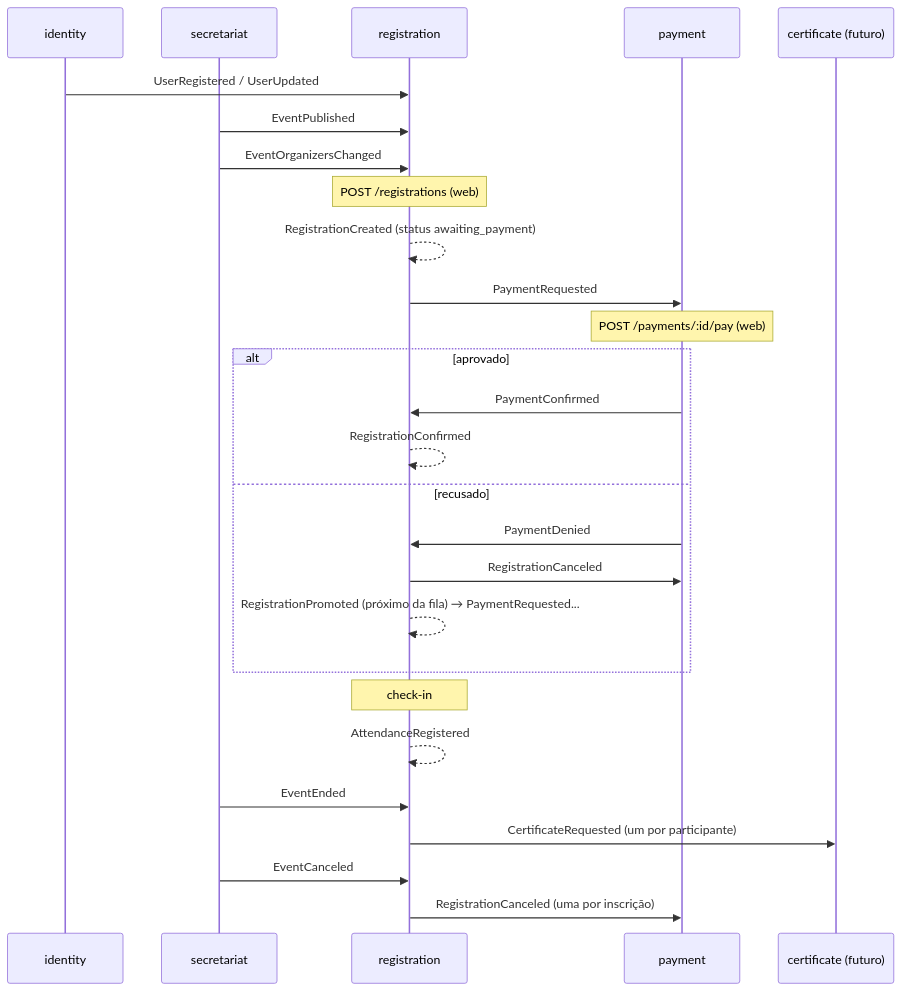
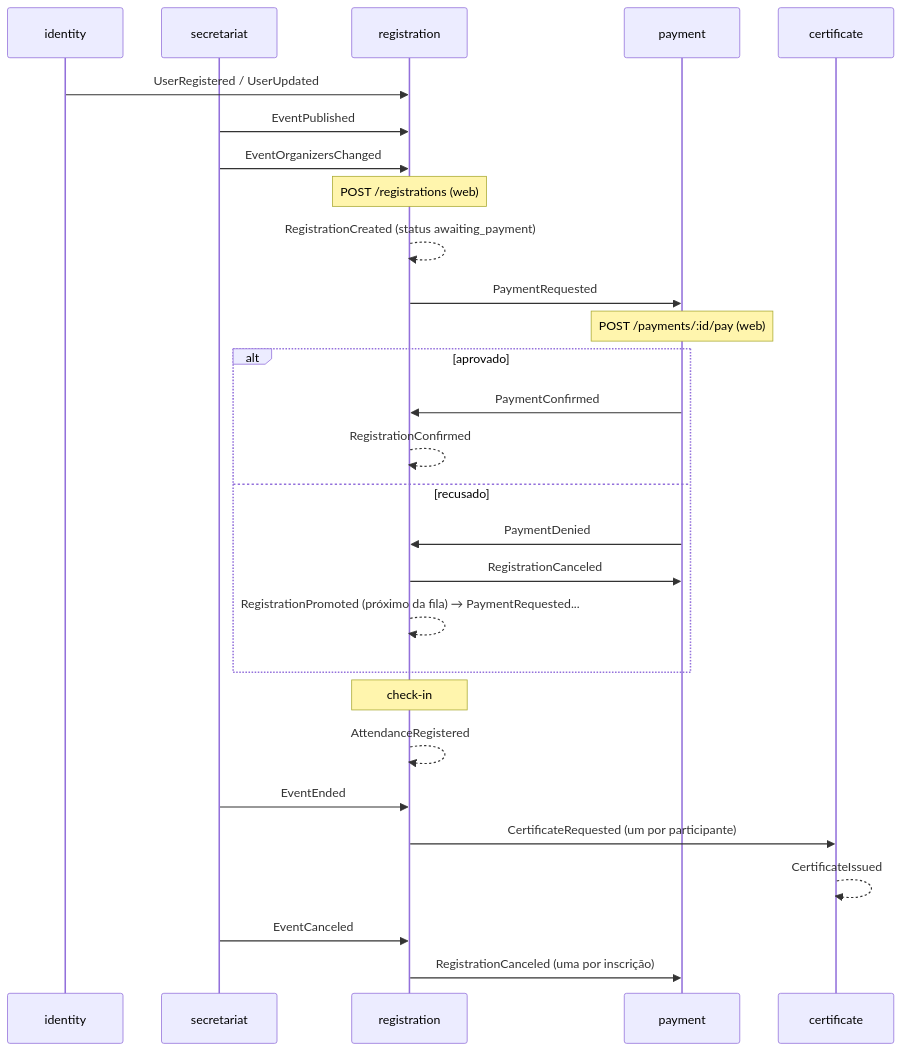
The diagram in microservices/contracts/README.md (macaroots/EventHub), drawn with Mermaid before and after one commit. The commit also changed other lines of this file and 13 other files, not shown here.

````diff
--- a/microservices/contracts/README.md
+++ b/microservices/contracts/README.md
@@ -85,30 +86,31 @@
 ```mermaid
 sequenceDiagram
     participant I as identity
     participant S as secretariat
     participant R as registration
     participant P as payment
-    participant C as certificate (futuro)
+    participant C as certificate
 
     I->>R: UserRegistered / UserUpdated
     S->>R: EventPublished
     S->>R: EventOrganizersChanged
     Note over R: POST /registrations (web)
     R-->>R: RegistrationCreated (status awaiting_payment)
     R->>P: PaymentRequested
     Note over P: POST /payments/:id/pay (web)
     alt aprovado
         P->>R: PaymentConfirmed
         R-->>R: RegistrationConfirmed
     else recusado
         P->>R: PaymentDenied
         R->>P: RegistrationCanceled
         R-->>R: RegistrationPromoted (próximo da fila) → PaymentRequested...
     end
     Note over R: check-in
     R-->>R: AttendanceRegistered
     S->>R: EventEnded
     R->>C: CertificateRequested (um por participante)
+    C-->>C: CertificateIssued
     S->>R: EventCanceled
     R->>P: RegistrationCanceled (uma por inscrição)
 ```
````
